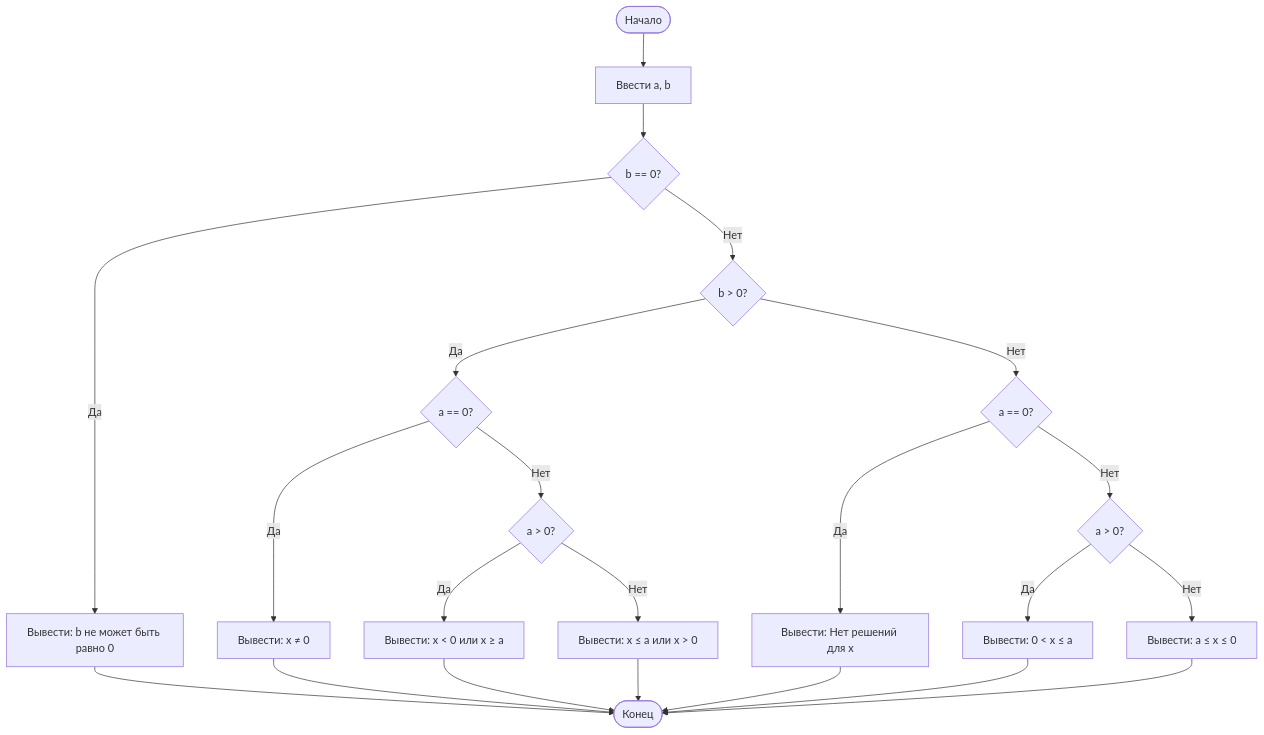
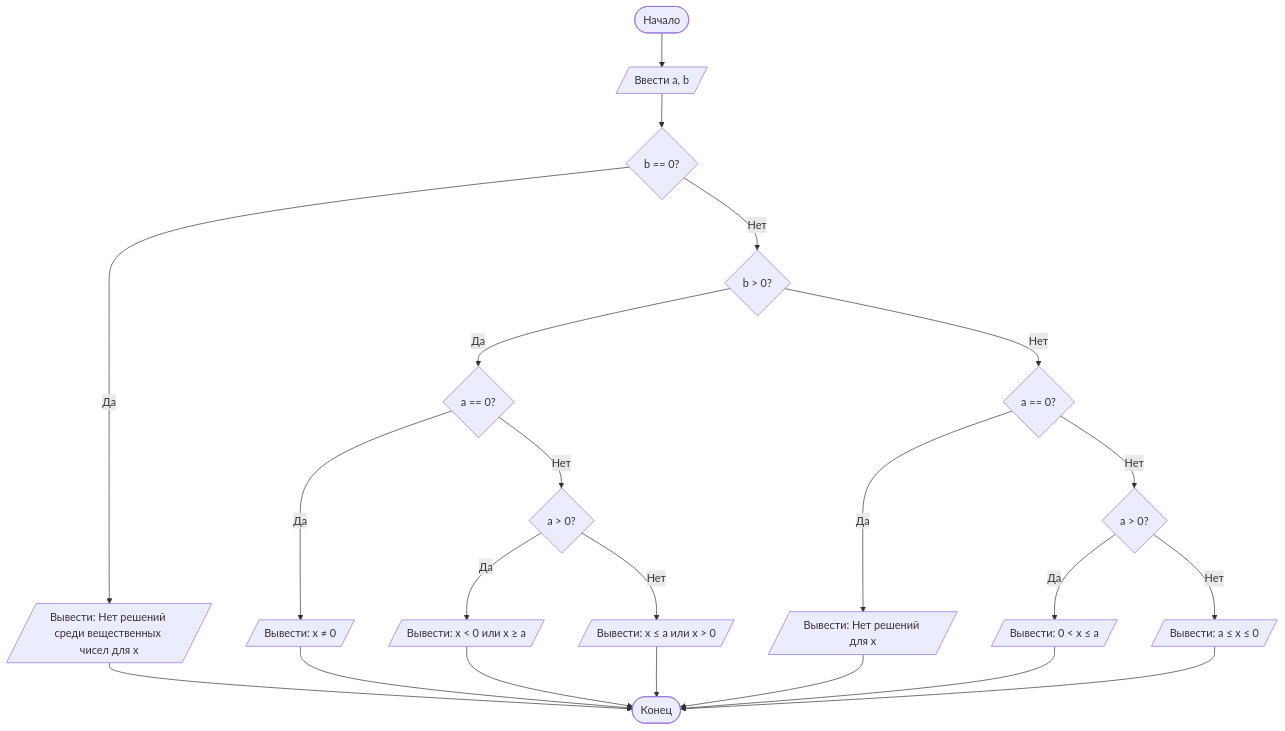
The diagram in Var1.md (tatti-bog/lab_work_1), drawn with Mermaid before and after one commit. The commit also changed other lines of this file, not shown here.

````diff
--- a/Var1.md
+++ b/Var1.md
@@ -142,32 +142,32 @@
 ```mermaid
 flowchart TD
-    A([Начало]) --> B[Ввести a, b]
+    A([Начало]) --> B[/Ввести a, b/]
     B --> C{b == 0?}
     
-    C -->|Да| D[Вывести: b не может быть равно 0]
+    C -->|Да| D[/Вывести: Нет решений среди вещественных чисел для x/]
     D --> Z
     
     C -->|Нет| E{b > 0?}
     
     E -->|Да| F{a == 0?}
-    F -->|Да| G[Вывести: x ≠ 0]
+    F -->|Да| G[/Вывести: x ≠ 0/]
     G --> Z
     
     F -->|Нет| H{a > 0?}
-    H -->|Да| I[Вывести: x < 0 или x ≥ a]
+    H -->|Да| I[/Вывести: x < 0 или x ≥ a/]
     I --> Z
-    H -->|Нет| J[Вывести: x ≤ a или x > 0]
+    H -->|Нет| J[/Вывести: x ≤ a или x > 0/]
     J --> Z
     
     E -->|Нет| K{a == 0?}
-    K -->|Да| L[Вывести: Нет решений для x]
+    K -->|Да| L[/Вывести: Нет решений для x/]
     L --> Z
     
     K -->|Нет| M{a > 0?}
-    M -->|Да| N[Вывести: 0 < x ≤ a]
+    M -->|Да| N[/Вывести: 0 < x ≤ a/]
     N --> Z
-    M -->|Нет| O[Вывести: a ≤ x ≤ 0]
+    M -->|Нет| O[/Вывести: a ≤ x ≤ 0/]
     O --> Z
     
     Z([Конец])
 ```
````
